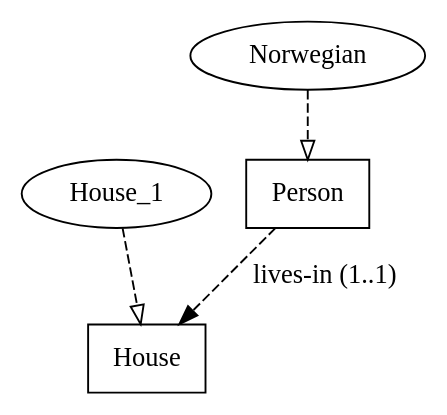
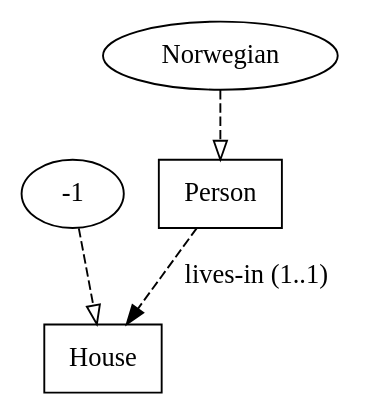
One commit to agutikov/ein changed the first of 6 diagrams in docs/kernel/ir/03-ein-lang/04_dot_rendering.md. Above: the diagram before and after it, drawn with Graphviz. The commit also changed other lines of this file and 90 other files, not shown here.

````diff
--- a/docs/kernel/ir/03-ein-lang/04_dot_rendering.md
+++ b/docs/kernel/ir/03-ein-lang/04_dot_rendering.md
@@ -55,11 +55,11 @@
 ```dot
 digraph ontology {
   Person     [shape=box];
   House      [shape=box];
   Norwegian  [shape=oval];
-  House_1    [shape=oval];
+  House-1    [shape=oval];
   Norwegian -> Person [style=dashed, arrowhead=empty];   // instance-of
-  House_1   -> House  [style=dashed, arrowhead=empty];
+  House-1   -> House  [style=dashed, arrowhead=empty];
   Person -> House [label="lives-in (1..1)", style=dashed]; // relation schema
 }
 ```
````
